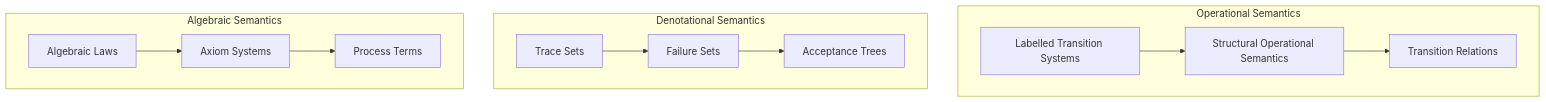
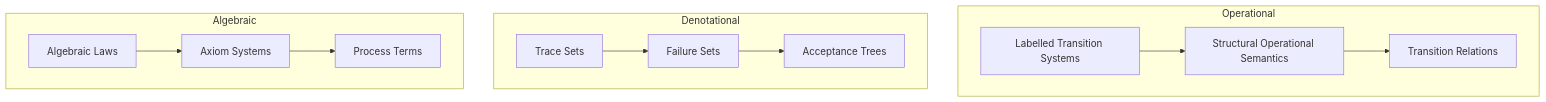
The first of 9 diagrams in process-algebra-verifier/docs/theory.md (yshaaban/pa), drawn with Mermaid before and after one commit. The commit also changed other lines of this file, not shown here.

First line of the commit message:
fix: improve theory.md mermaid diagrams rendering

````diff
--- a/process-algebra-verifier/docs/theory.md
+++ b/process-algebra-verifier/docs/theory.md
@@ -7,29 +7,27 @@
 ```mermaid
 graph TB
-    subgraph Operational[Operational Semantics]
-        LTS[Labelled Transition Systems]
-        SOS[Structural Operational Semantics]
-        Trans[Transition Relations]
+    LTS[Labelled Transition Systems]
+    SOS[Structural Operational Semantics]
+    Trans[Transition Relations]
+    Traces[Trace Sets]
+    Failures[Failure Sets]
+    Accept[Acceptance Trees]
+    Laws[Algebraic Laws]
+    Axioms[Axiom Systems]
+    Terms[Process Terms]
+
+    subgraph Operational
+        LTS --> SOS
+        SOS --> Trans
     end
 
-    subgraph Denotational[Denotational Semantics]
-        Traces[Trace Sets]
-        Failures[Failure Sets]
-        Accept[Acceptance Trees]
+    subgraph Denotational
+        Traces --> Failures
+        Failures --> Accept
     end
 
-    subgraph Algebraic[Algebraic Semantics]
-        Laws[Algebraic Laws]
-        Axioms[Axiom Systems]
-        Terms[Process Terms]
+    subgraph Algebraic
+        Laws --> Axioms
+        Axioms --> Terms
     end
-
-    LTS --> SOS
-    SOS --> Trans
-
-    Traces --> Failures
-    Failures --> Accept
-
-    Laws --> Axioms
-    Axioms --> Terms
 ```
````
